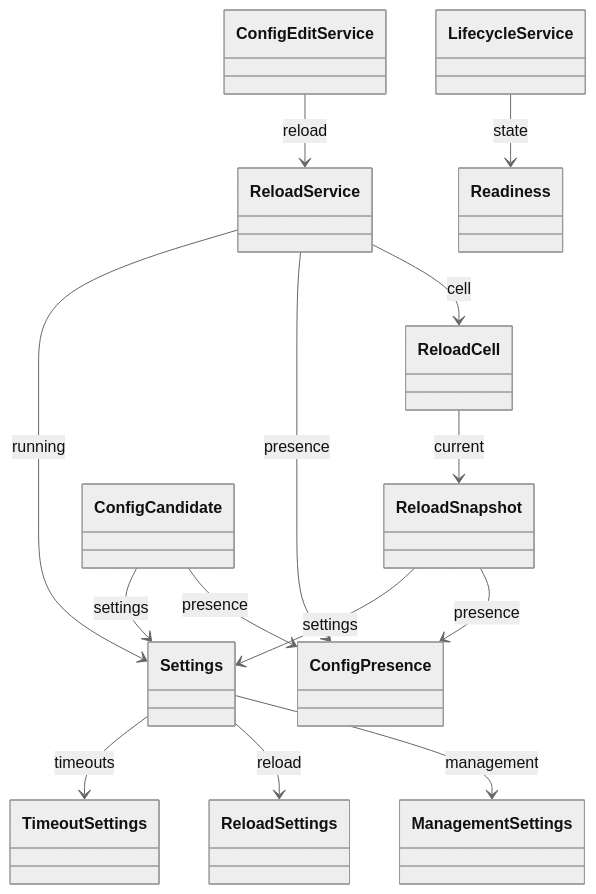
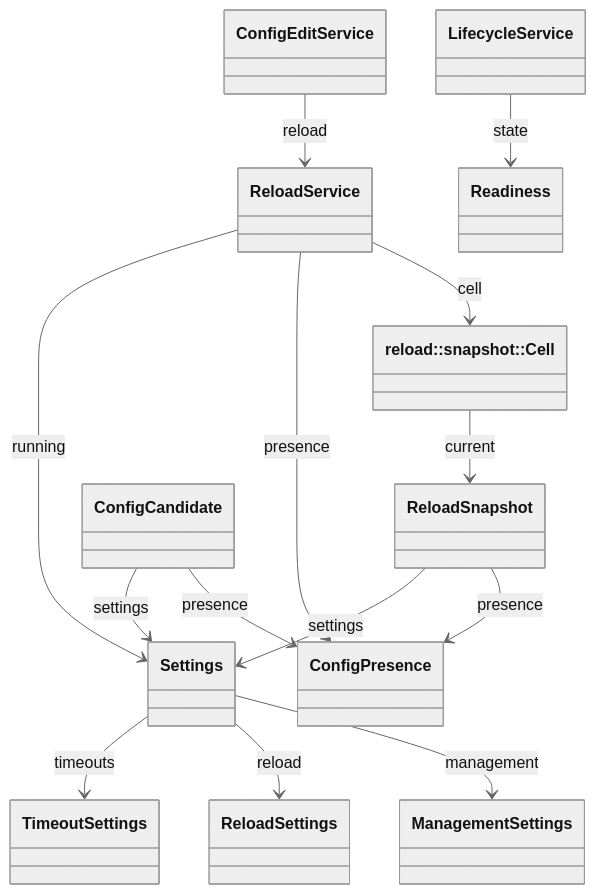
Before and after one commit to kayden-kim/vnc-relay: the fifth of 6 diagrams in docs/architectures/domain-model.md, drawn with Mermaid (neutral theme). The commit also changed other lines of this file and 58 other files, not shown here.

````diff
--- a/docs/architectures/domain-model.md
+++ b/docs/architectures/domain-model.md
@@ -203,24 +203,24 @@
 ```mermaid
 classDiagram
     class ConfigEditService
     class ReloadService
-    class ReloadCell
+    class `reload::snapshot::Cell`
     class ReloadSnapshot
     class ConfigCandidate
     class ConfigPresence
     class Settings
     class LifecycleService
     ConfigEditService --> ReloadService : reload
     ReloadService --> Settings : running
     ReloadService --> ConfigPresence : presence
-    ReloadService --> ReloadCell : cell
-    ReloadCell --> ReloadSnapshot : current
+    ReloadService --> `reload::snapshot::Cell` : cell
+    `reload::snapshot::Cell` --> ReloadSnapshot : current
     ReloadSnapshot --> Settings : settings
     ReloadSnapshot --> ConfigPresence : presence
     ConfigCandidate --> Settings : settings
     ConfigCandidate --> ConfigPresence : presence
     Settings --> TimeoutSettings : timeouts
     Settings --> ReloadSettings : reload
     Settings --> ManagementSettings : management
     LifecycleService --> Readiness : state
 ```
````
